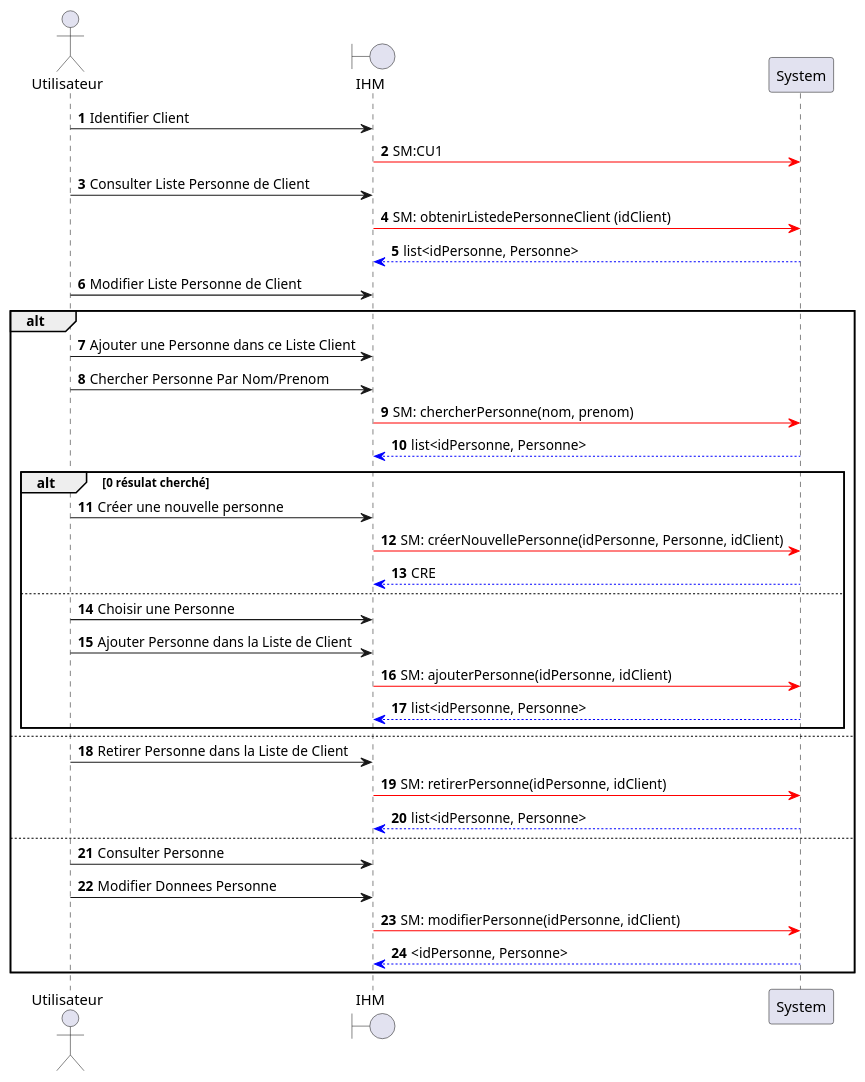
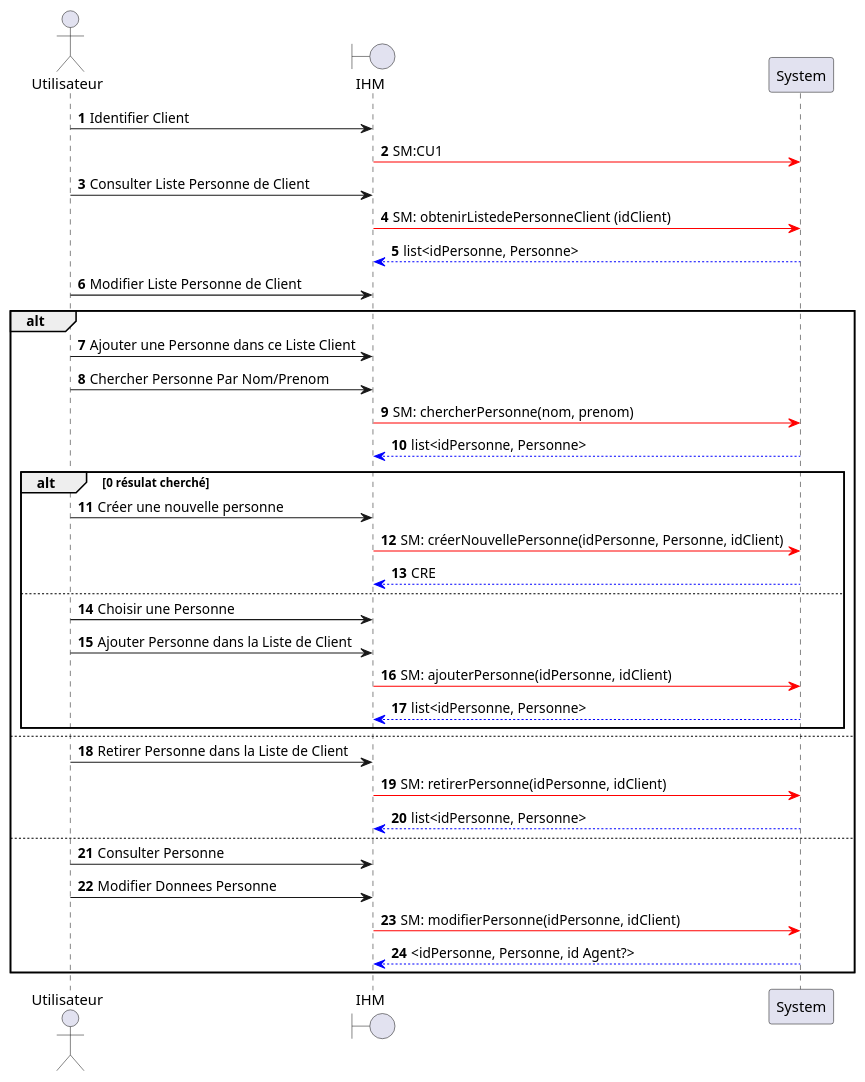
One commit to HZjiadong/PLD-MARS changed the diagram in src/documentation/CU2-DSS.puml. Above: the diagram before and after it, drawn with PlantUML.

```diff
--- a/src/documentation/CU2-DSS.puml
+++ b/src/documentation/CU2-DSS.puml
@@ -1,51 +1,51 @@
 @startuml
 
 actor Utilisateur as U
 boundary IHM as I
 participant System as S
 
 autonumber
 
 U->I: Identifier Client
     I-[#red]>S: SM:CU1
 
 U->I: Consulter Liste Personne de Client
     I-[#red]>S: SM: obtenirListedePersonneClient (idClient)
     S-[#0000FF]->I: list<idPersonne, Personne>
 
 U->I: Modifier Liste Personne de Client
 alt
     U->I: Ajouter une Personne dans ce Liste Client
 
     U->I: Chercher Personne Par Nom/Prenom
         I-[#red]>S: SM: chercherPersonne(nom, prenom)
         S-[#0000FF]->I: list<idPersonne, Personne>
     alt  0 résulat cherché
     U->I: Créer une nouvelle personne
             I-[#red]>S: SM: créerNouvellePersonne(idPersonne, Personne, idClient)
             S-[#0000FF]->I: CRE
     else
     U->I: Choisir une Personne
 
     U->I: Ajouter Personne dans la Liste de Client
         I-[#red]>S: SM: ajouterPersonne(idPersonne, idClient)
         S-[#0000FF]->I: list<idPersonne, Personne>
     end
 else
     U->I: Retirer Personne dans la Liste de Client
         I-[#red]>S: SM: retirerPersonne(idPersonne, idClient)
         S-[#0000FF]->I: list<idPersonne, Personne>
 else
     U->I: Consulter Personne
 
     U->I: Modifier Donnees Personne
         I-[#red]>S: SM: modifierPersonne(idPersonne, idClient)
-        S-[#0000FF]->I: <idPersonne, Personne>
+        S-[#0000FF]->I: <idPersonne, Personne, id Agent?>
 end
 
 
 
 
 
 
 @enduml
```
